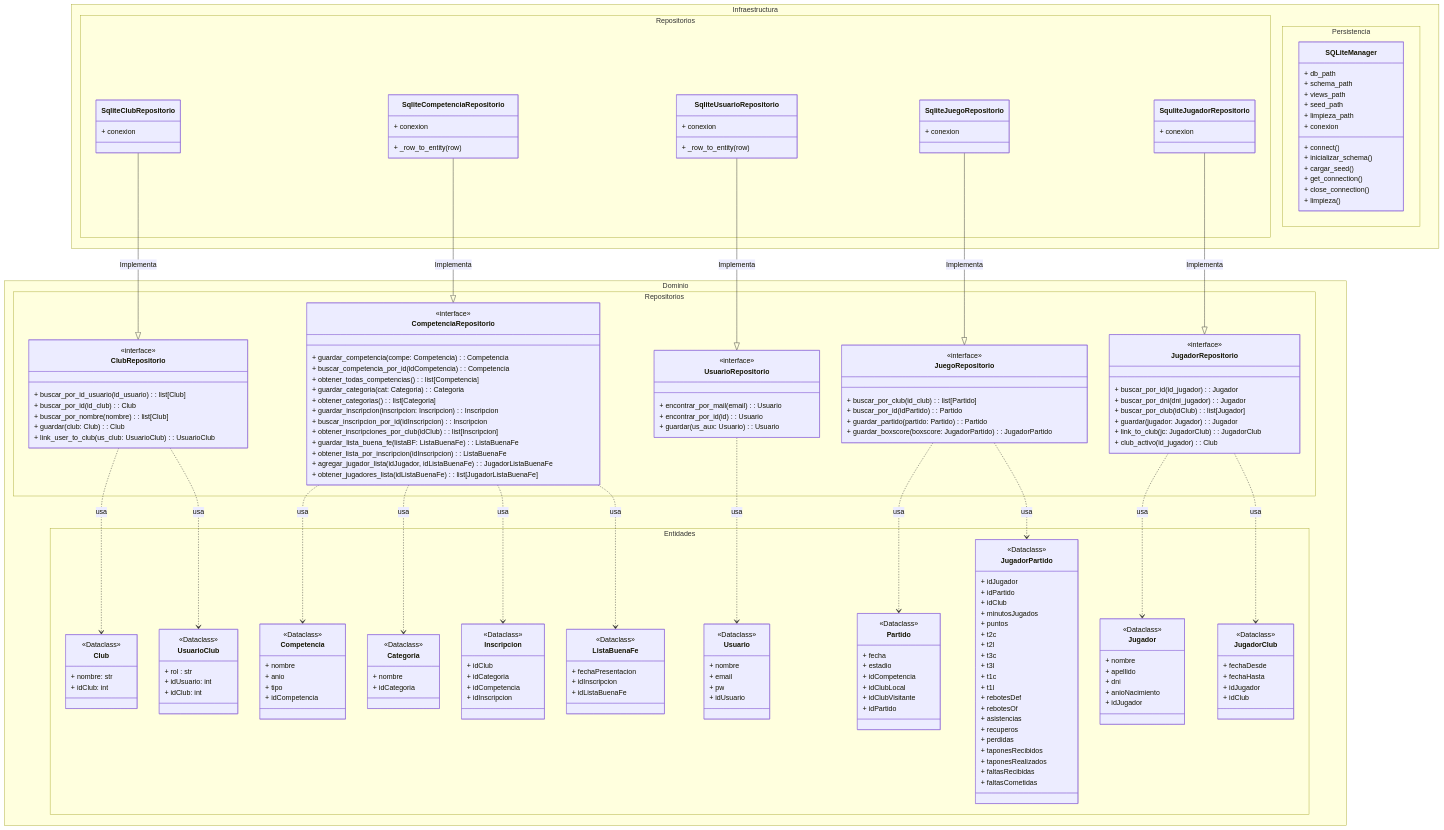
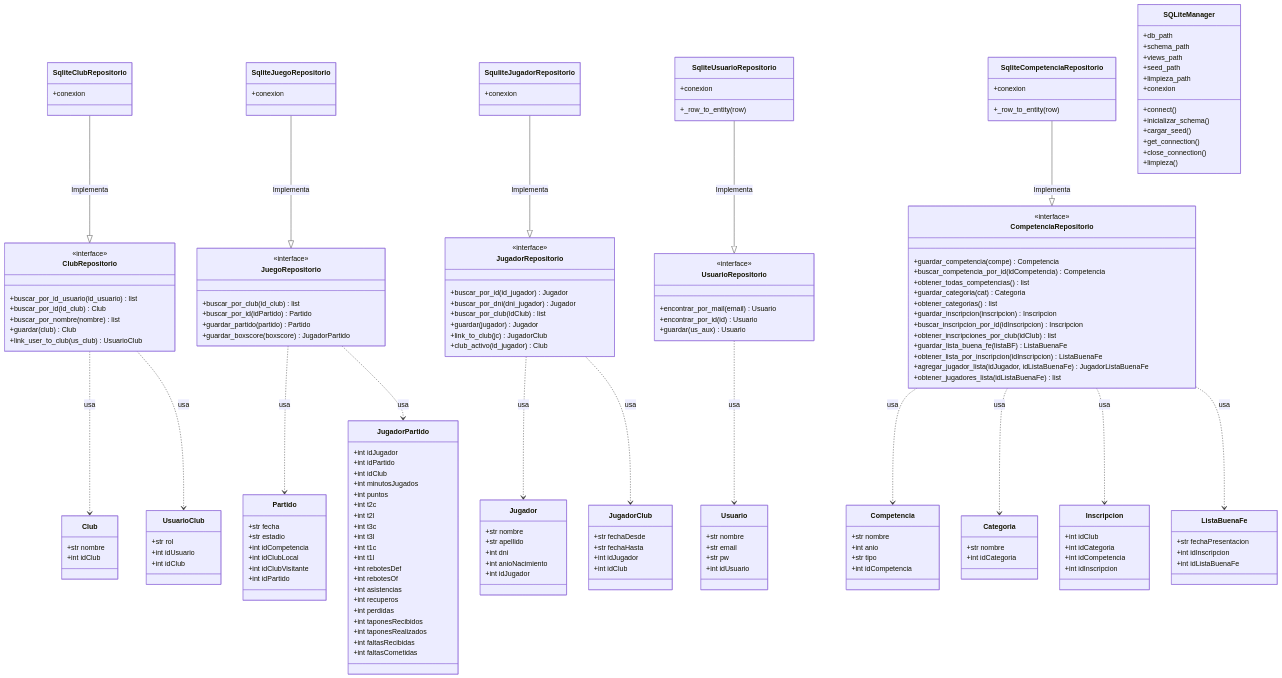
Before and after one commit to nicopinera/app_estadisticas: the first of 3 diagrams in docs/diagramas/diagramas.md, drawn with Mermaid. The commit also changed other lines of this file and 1 other file, not shown here.

Commit message:
Actualizar diagramas y mejorar configuración de MkDocs para documentación técnica

````diff
--- a/docs/diagramas/diagramas.md
+++ b/docs/diagramas/diagramas.md
@@ -9,6 +9,7 @@
     SquliteJugadorRepositorio --|> JugadorRepositorio : Implementa
     SqliteUsuarioRepositorio --|> UsuarioRepositorio : Implementa
     SqliteCompetenciaRepositorio --|> CompetenciaRepositorio : Implementa
+    
     ClubRepositorio ..> Club : usa
     ClubRepositorio ..> UsuarioClub : usa
     CompetenciaRepositorio ..> Competencia : usa
@@ -21,178 +22,180 @@
     JugadorRepositorio ..> Jugador : usa
     JugadorRepositorio ..> JugadorClub : usa
 
-namespace Dominio.Repositorios{
-    class ClubRepositorio{
+    class ClubRepositorio {
         <<interface>>
-        + buscar_por_id_usuario(id_usuario) : list[Club]
-        + buscar_por_id(id_club): Club
-        + buscar_por_nombre(nombre): list[Club]
-        + guardar(club: Club): Club
-        + link_user_to_club(us_club: UsuarioClub): UsuarioClub
+        +buscar_por_id_usuario(id_usuario) list
+        +buscar_por_id(id_club) Club
+        +buscar_por_nombre(nombre) list
+        +guardar(club) Club
+        +link_user_to_club(us_club) UsuarioClub
     }
-    class CompetenciaRepositorio{
+
+    class CompetenciaRepositorio {
         <<interface>>
-        + guardar_competencia(compe: Competencia): Competencia
-        + buscar_competencia_por_id(idCompetencia): Competencia
-        + obtener_todas_competencias(): list[Competencia]
-        + guardar_categoria(cat: Categoria): Categoria
-        + obtener_categorias(): list[Categoria]
-        + guardar_inscripcion(inscripcion: Inscripcion): Inscripcion
-        + buscar_inscripcion_por_id(idInscripcion): Inscripcion
-        + obtener_inscripciones_por_club(idClub): list[Inscripcion]
-        + guardar_lista_buena_fe(listaBF: ListaBuenaFe): ListaBuenaFe
-        + obtener_lista_por_inscripcion(idInscripcion): ListaBuenaFe
-        + agregar_jugador_lista(idJugador, idListaBuenaFe): JugadorListaBuenaFe
-        + obtener_jugadores_lista(idListaBuenaFe): list[JugadorListaBuenaFe]
+        +guardar_competencia(compe) Competencia
+        +buscar_competencia_por_id(idCompetencia) Competencia
+        +obtener_todas_competencias() list
+        +guardar_categoria(cat) Categoria
+        +obtener_categorias() list
+        +guardar_inscripcion(inscripcion) Inscripcion
+        +buscar_inscripcion_por_id(idInscripcion) Inscripcion
+        +obtener_inscripciones_por_club(idClub) list
+        +guardar_lista_buena_fe(listaBF) ListaBuenaFe
+        +obtener_lista_por_inscripcion(idInscripcion) ListaBuenaFe
+        +agregar_jugador_lista(idJugador, idListaBuenaFe) JugadorListaBuenaFe
+        +obtener_jugadores_lista(idListaBuenaFe) list
     }
-    class UsuarioRepositorio{
+
+    class UsuarioRepositorio {
         <<interface>>
-        + encontrar_por_mail(email): Usuario
-        + encontrar_por_id(id): Usuario
-        + guardar(us_aux: Usuario): Usuario
+        +encontrar_por_mail(email) Usuario
+        +encontrar_por_id(id) Usuario
+        +guardar(us_aux) Usuario
     }
-    class JuegoRepositorio{
+
+    class JuegoRepositorio {
         <<interface>>
-        + buscar_por_club(id_club): list[Partido]
-        + buscar_por_id(idPartido): Partido
-        + guardar_partido(partido: Partido): Partido
-        + guardar_boxscore(boxscore: JugadorPartido): JugadorPartido
+        +buscar_por_club(id_club) list
+        +buscar_por_id(idPartido) Partido
+        +guardar_partido(partido) Partido
+        +guardar_boxscore(boxscore) JugadorPartido
     }
-    class JugadorRepositorio{
+
+    class JugadorRepositorio {
         <<interface>>
-        + buscar_por_id(id_jugador): Jugador
-        + buscar_por_dni(dni_jugador): Jugador
-        + buscar_por_club(idClub): list[Jugador]
-        + guardar(jugador: Jugador): Jugador
-        + link_to_club(jc: JugadorClub): JugadorClub
-        + club_activo(id_jugador): Club
+        +buscar_por_id(id_jugador) Jugador
+        +buscar_por_dni(dni_jugador) Jugador
+        +buscar_por_club(idClub) list
+        +guardar(jugador) Jugador
+        +link_to_club(jc) JugadorClub
+        +club_activo(id_jugador) Club
     }
-}
-namespace Dominio.Entidades{
-    class Club{
-        <<Dataclass>>
-        + nombre: str
-        + idClub: int
+
+    class Club {
+        +str nombre
+        +int idClub
     }
-    class UsuarioClub{
-        <<Dataclass>>
-        + rol : str
-        + idUsuario: int
-        + idClub: int
+
+    class UsuarioClub {
+        +str rol
+        +int idUsuario
+        +int idClub
     }
-    class Competencia{
-        <<Dataclass>>
-        + nombre
-        + anio
-        + tipo
-        + idCompetencia
+
+    class Competencia {
+        +str nombre
+        +int anio
+        +str tipo
+        +int idCompetencia
     }
-    class Categoria{
-        <<Dataclass>>
-        + nombre
-        + idCategoria
+
+    class Categoria {
+        +str nombre
+        +int idCategoria
     }
-    class Inscripcion{
-        <<Dataclass>>
-        + idClub
-        + idCategoria
-        + idCompetencia
-        + idInscripcion
+
+    class Inscripcion {
+        +int idClub
+        +int idCategoria
+        +int idCompetencia
+        +int idInscripcion
     }
-    class ListaBuenaFe{
-        <<Dataclass>>
-        + fechaPresentacion
-        + idInscripcion
-        + idListaBuenaFe
+
+    class ListaBuenaFe {
+        +str fechaPresentacion
+        +int idInscripcion
+        +int idListaBuenaFe
     }
-    class Usuario{
-        <<Dataclass>>
-        + nombre
-        + email
-        + pw
-        + idUsuario
+
+    class Usuario {
+        +str nombre
+        +str email
+        +str pw
+        +int idUsuario
     }
-    class JugadorPartido{
-        <<Dataclass>>
-        + idJugador
-        + idPartido
-        + idClub
-        + minutosJugados
-        + puntos
-        + t2c
-        + t2l
-        + t3c
-        + t3l
-        + t1c
-        + t1l
-        + rebotesDef
-        + rebotesOf
-        + asistencias
-        + recuperos
-        + perdidas
-        + taponesRecibidos
-        + taponesRealizados
-        + faltasRecibidas
-        + faltasCometidas
+
+    class JugadorPartido {
+        +int idJugador
+        +int idPartido
+        +int idClub
+        +int minutosJugados
+        +int puntos
+        +int t2c
+        +int t2l
+        +int t3c
+        +int t3l
+        +int t1c
+        +int t1l
+        +int rebotesDef
+        +int rebotesOf
+        +int asistencias
+        +int recuperos
+        +int perdidas
+        +int taponesRecibidos
+        +int taponesRealizados
+        +int faltasRecibidas
+        +int faltasCometidas
     }
-    class Partido{
-        <<Dataclass>>
-        + fecha
-        + estadio
-        + idCompetencia
-        + idClubLocal
-        + idClubVisitante
-        + idPartido
+
+    class Partido {
+        +str fecha
+        +str estadio
+        +int idCompetencia
+        +int idClubLocal
+        +int idClubVisitante
+        +int idPartido
     }
-    class Jugador{
-        <<Dataclass>>
-        + nombre
-        + apellido
-        + dni
-        + anioNacimiento
-        + idJugador
+
+    class Jugador {
+        +str nombre
+        +str apellido
+        +int dni
+        +int anioNacimiento
+        +int idJugador
     }
-    class JugadorClub{
-        <<Dataclass>>
-        + fechaDesde
-        + fechaHasta
-        + idJugador
-        + idClub
+
+    class JugadorClub {
+        +str fechaDesde
+        +str fechaHasta
+        +int idJugador
+        +int idClub
     }
-}
-namespace Infraestructura.Repositorios{
-    class SqliteClubRepositorio{
-        + conexion
+
+    class SqliteClubRepositorio {
+        +conexion
     }
-    class SqliteJuegoRepositorio{
-        + conexion
+
+    class SqliteJuegoRepositorio {
+        +conexion
     }
-    class SquliteJugadorRepositorio{
-        + conexion
+
+    class SquliteJugadorRepositorio {
+        +conexion
     }
-    class SqliteUsuarioRepositorio{
-        + conexion
-        + _row_to_entity(row)
+
+    class SqliteUsuarioRepositorio {
+        +conexion
+        +_row_to_entity(row)
     }
-    class SqliteCompetenciaRepositorio{
-        + conexion
-        + _row_to_entity(row)
+
+    class SqliteCompetenciaRepositorio {
+        +conexion
+        +_row_to_entity(row)
     }
-}
-namespace Infraestructura.Persistencia{
-    class SQLiteManager{
-        + db_path
-        + schema_path
-        + views_path
-        + seed_path
-        + limpieza_path
-        + conexion
-        + connect()
-        + inicializar_schema()
-        + cargar_seed()
-        + get_connection()
-        + close_connection()
-        + limpieza()
+
+    class SQLiteManager {
+        +db_path
+        +schema_path
+        +views_path
+        +seed_path
+        +limpieza_path
+        +conexion
+        +connect()
+        +inicializar_schema()
+        +cargar_seed()
+        +get_connection()
+        +close_connection()
+        +limpieza()
     }
-}
 ```
````
